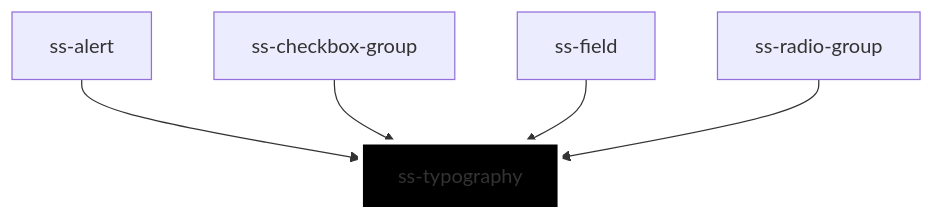
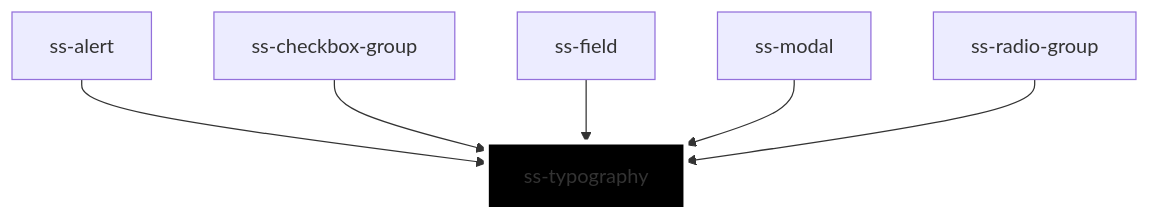
Before and after one commit to slice-soft/ss-stencil-web-components-lib: the diagram in src/components/atoms/ss-typography/readme.md, drawn with Mermaid. The commit also changed other lines of this file and 18 other files, not shown here.

````diff
--- a/src/components/atoms/ss-typography/readme.md
+++ b/src/components/atoms/ss-typography/readme.md
@@ -44,8 +45,9 @@
 ```mermaid
 graph TD;
   ss-alert --> ss-typography
   ss-checkbox-group --> ss-typography
   ss-field --> ss-typography
+  ss-modal --> ss-typography
   ss-radio-group --> ss-typography
   style ss-typography fill:#000,stroke:#fff,stroke-width:4px
 ```
````
